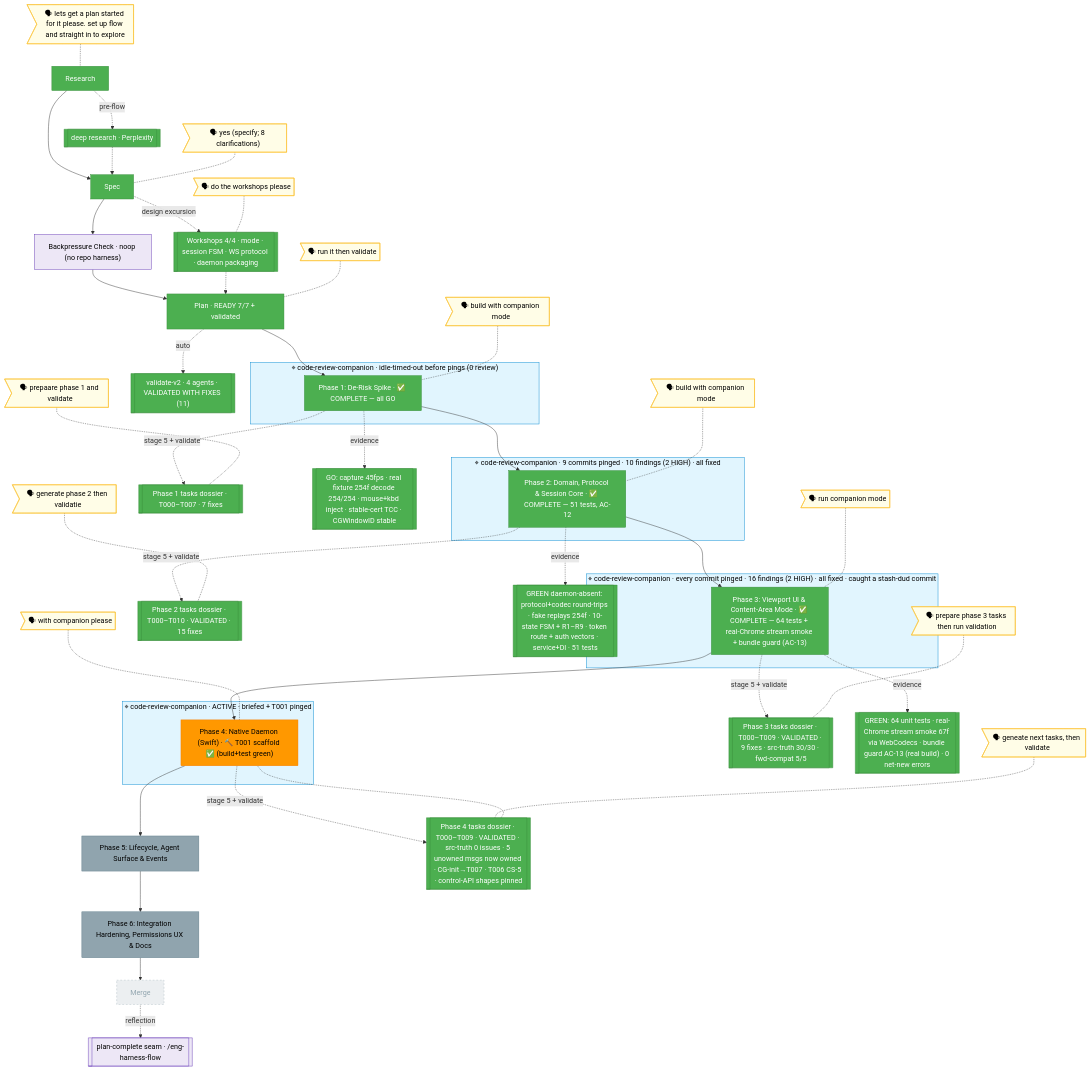
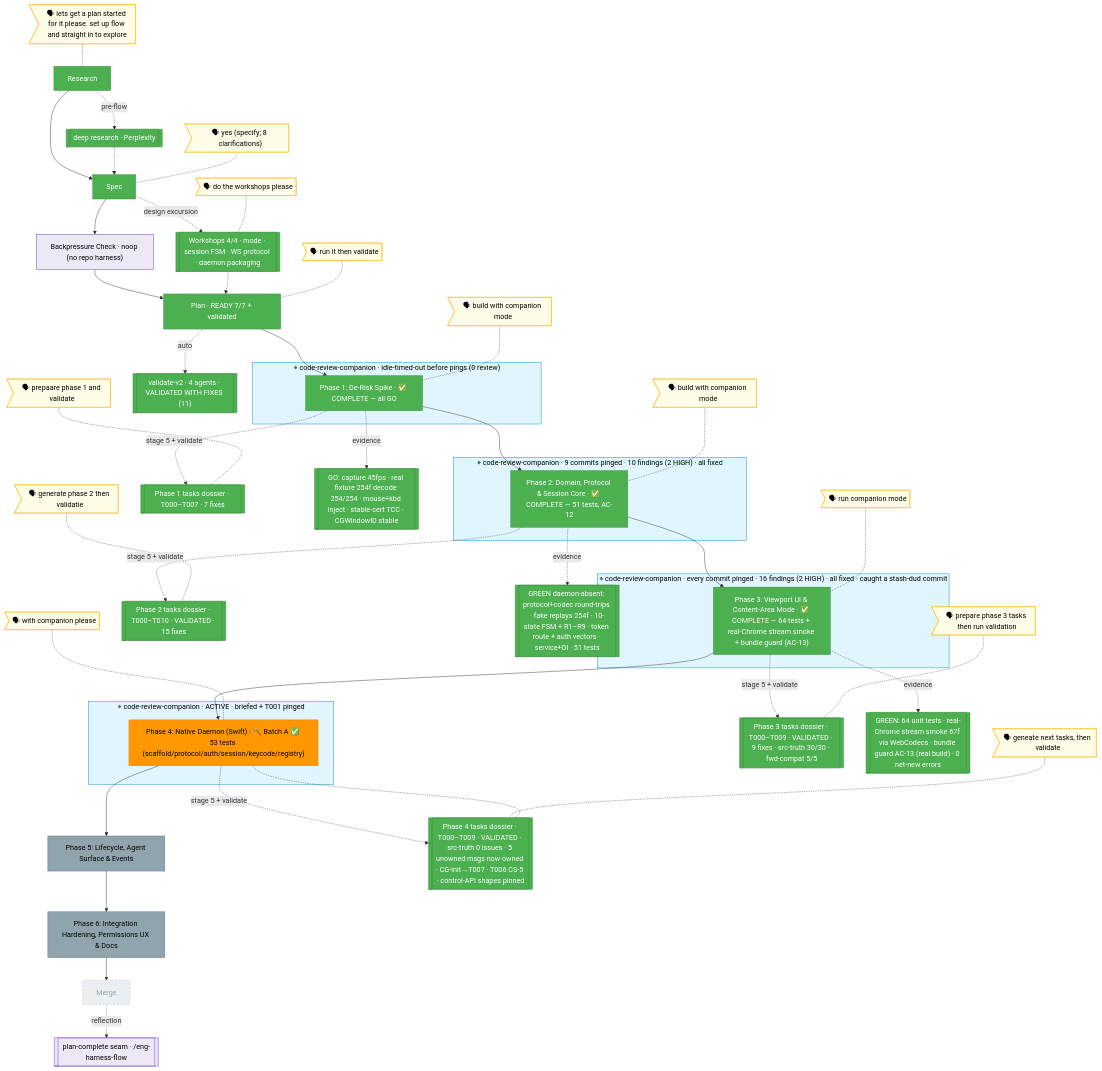
One commit to AI-Substrate/chainglass changed the diagram in docs/plans/088-remote-app-view/the-flow.md. Above: the diagram before and after it, drawn with Mermaid. The commit also changed other lines of this file and 2 other files, not shown here.

Commit message:
docs(remote-view): Phase 4 Batch A complete — flight-plan + state (53 swift tests, T001/T002/T004/T005/T007/T008) (Plan 088)

````diff
--- a/docs/plans/088-remote-app-view/the-flow.md
+++ b/docs/plans/088-remote-app-view/the-flow.md
@@ -7,75 +7,75 @@
 ```mermaid
 flowchart TD
     classDef done    fill:#4CAF50,stroke:#388E3C,color:#fff
     classDef wip     fill:#FF9800,stroke:#F57C00,color:#000
     classDef blocked fill:#F44336,stroke:#D32F2F,color:#fff
     classDef known   fill:#90A4AE,stroke:#607D8B,color:#000
     classDef assumed fill:#ECEFF1,stroke:#B0BEC5,color:#90A4AE,stroke-dasharray:4 4
     classDef said    fill:#FFFDE7,stroke:#FBC02D,color:#000
     classDef harness fill:#EDE7F6,stroke:#673AB7,color:#000
     classDef companion fill:#E1F5FE,stroke:#0288D1,color:#000
 
     %% ── spine ──
     R[Research]:::done --> S[Spec]:::done --> BP["Backpressure Check · noop (no repo harness)"]:::harness --> PL["Plan · READY 7/7 + validated"]:::done
-    PL --> P1["Phase 1: De-Risk Spike · ✅ COMPLETE — all GO"]:::done --> P2["Phase 2: Domain, Protocol & Session Core · ✅ COMPLETE — 51 tests, AC-12"]:::done --> P3["Phase 3: Viewport UI & Content-Area Mode · ✅ COMPLETE — 64 tests + real-Chrome stream smoke + bundle guard (AC-13)"]:::done --> P4["Phase 4: Native Daemon (Swift) · 🔨 T001 scaffold ✅ (build+test green)"]:::wip --> P5["Phase 5: Lifecycle, Agent Surface & Events"]:::known --> P6["Phase 6: Integration Hardening, Permissions UX & Docs"]:::known --> M[Merge]:::assumed
+    PL --> P1["Phase 1: De-Risk Spike · ✅ COMPLETE — all GO"]:::done --> P2["Phase 2: Domain, Protocol & Session Core · ✅ COMPLETE — 51 tests, AC-12"]:::done --> P3["Phase 3: Viewport UI & Content-Area Mode · ✅ COMPLETE — 64 tests + real-Chrome stream smoke + bundle guard (AC-13)"]:::done --> P4["Phase 4: Native Daemon (Swift) · 🔨 Batch A ✅ 53 tests (scaffold/protocol/auth/session/keycode/registry)"]:::wip --> P5["Phase 5: Lifecycle, Agent Surface & Events"]:::known --> P6["Phase 6: Integration Hardening, Permissions UX & Docs"]:::known --> M[Merge]:::assumed
 
     %% ── companions (each wrapped the phase it was meant to review) ──
     subgraph CW["⌖ code-review-companion · idle-timed-out before pings (0 review)"]
         P1
     end
     class CW companion
     subgraph CW2["⌖ code-review-companion · 9 commits pinged · 10 findings (2 HIGH) · all fixed"]
         P2
     end
     class CW2 companion
 
     %% ── excursions ──
     R -.->|pre-flow| DR[["deep research · Perplexity"]]:::done
     DR -.-> S
     S -.->|design excursion| WS[["Workshops 4/4 · mode · session FSM · WS protocol · daemon packaging"]]:::done
     WS -.-> PL
     PL -.->|auto| V[["validate-v2 · 4 agents · VALIDATED WITH FIXES (11)"]]:::done
     P1 -.->|stage 5 + validate| T1[["Phase 1 tasks dossier · T000–T007 · 7 fixes"]]:::done
     P1 -.->|evidence| EV[["GO: capture 45fps · real fixture 254f decode 254/254 · mouse+kbd inject · stable-cert TCC · CGWindowID stable"]]:::done
     P2 -.->|stage 5 + validate| T2[["Phase 2 tasks dossier · T000–T010 · VALIDATED · 15 fixes"]]:::done
     P2 -.->|evidence| EV2[["GREEN daemon-absent: protocol+codec round-trips · fake replays 254f · 10-state FSM + R1–R9 · token route + auth vectors · service+DI · 51 tests"]]:::done
     P3 -.->|stage 5 + validate| T3[["Phase 3 tasks dossier · T000–T009 · VALIDATED · 9 fixes · src-truth 30/30 · fwd-compat 5/5"]]:::done
     P3 -.->|evidence| EV3[["GREEN: 64 unit tests · real-Chrome stream smoke 67f via WebCodecs · bundle guard AC-13 (real build) · 0 net-new errors"]]:::done
     subgraph CW3["⌖ code-review-companion · every commit pinged · 16 findings (2 HIGH) · all fixed · caught a stash-dud commit"]
         P3
     end
     class CW3 companion
     UB3>"🗣 run companion mode"]:::said
     UB3 -.- P3
     subgraph CW4["⌖ code-review-companion · ACTIVE · briefed + T001 pinged"]
         P4
     end
     class CW4 companion
     UB4>"🗣 with companion please"]:::said
     UB4 -.- P4
     P4 -.->|stage 5 + validate| T4[["Phase 4 tasks dossier · T000–T009 · VALIDATED · src-truth 0 issues · 5 unowned msgs now owned · CG-init→T007 · T006 CS-5 · control-API shapes pinned"]]:::done
     T4 -.- P4
     M -.->|reflection| HH[["plan-complete seam · /eng-harness-flow"]]:::harness
 
     %% ── verbatim user-said bubbles ──
     UR>"🗣 lets get a plan started for it please. set up flow and straight in to explore"]:::said
     UR -.- R
     US>"🗣 yes (specify; 8 clarifications)"]:::said
     US -.- S
     UW>"🗣 do the workshops please"]:::said
     UW -.- WS
     UP>"🗣 run it then validate"]:::said
     UP -.- PL
     UT>"🗣 prepaare phase 1 and validate"]:::said
     UT -.- T1
     UB>"🗣 build with companion mode"]:::said
     UB -.- P1
     UG>"🗣 generate phase 2 then validatie"]:::said
     UG -.- T2
     UB2>"🗣 build with companion mode"]:::said
     UB2 -.- P2
     UT3>"🗣 prepare phase 3 tasks then run validation"]:::said
     UT3 -.- T3
     UT4>"🗣 geneate next tasks, then validate"]:::said
     UT4 -.- T4
 ```
````
